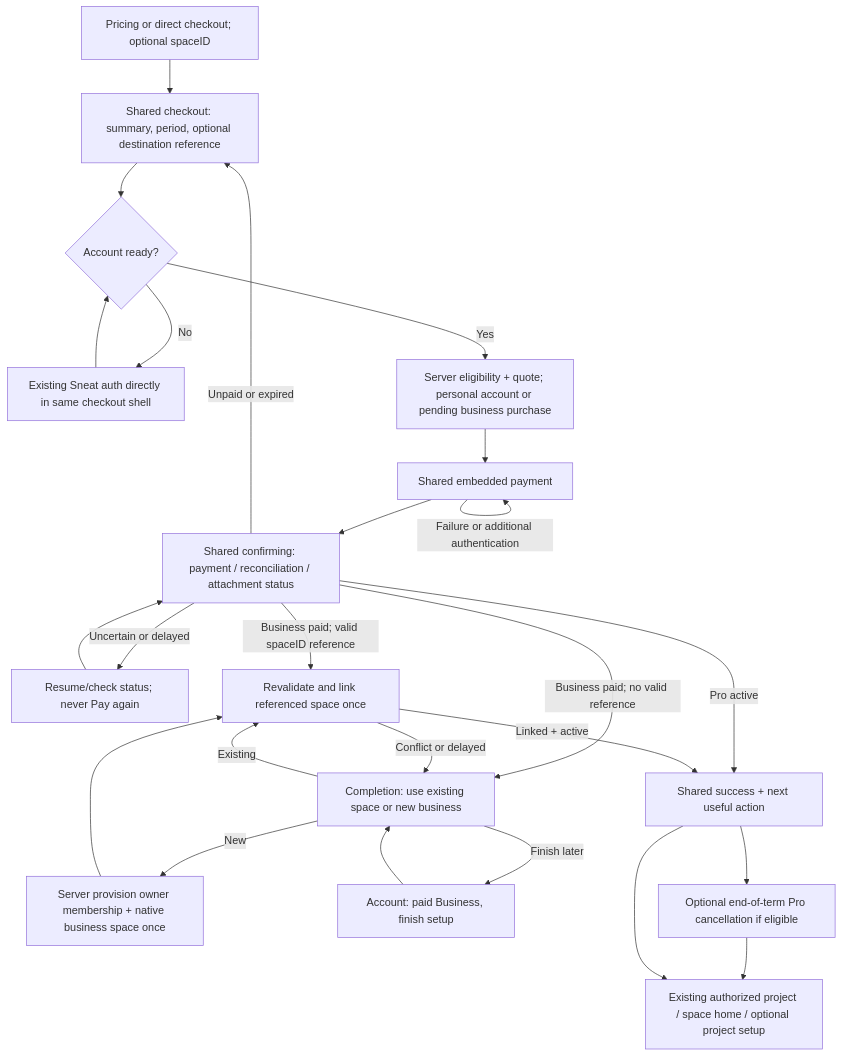
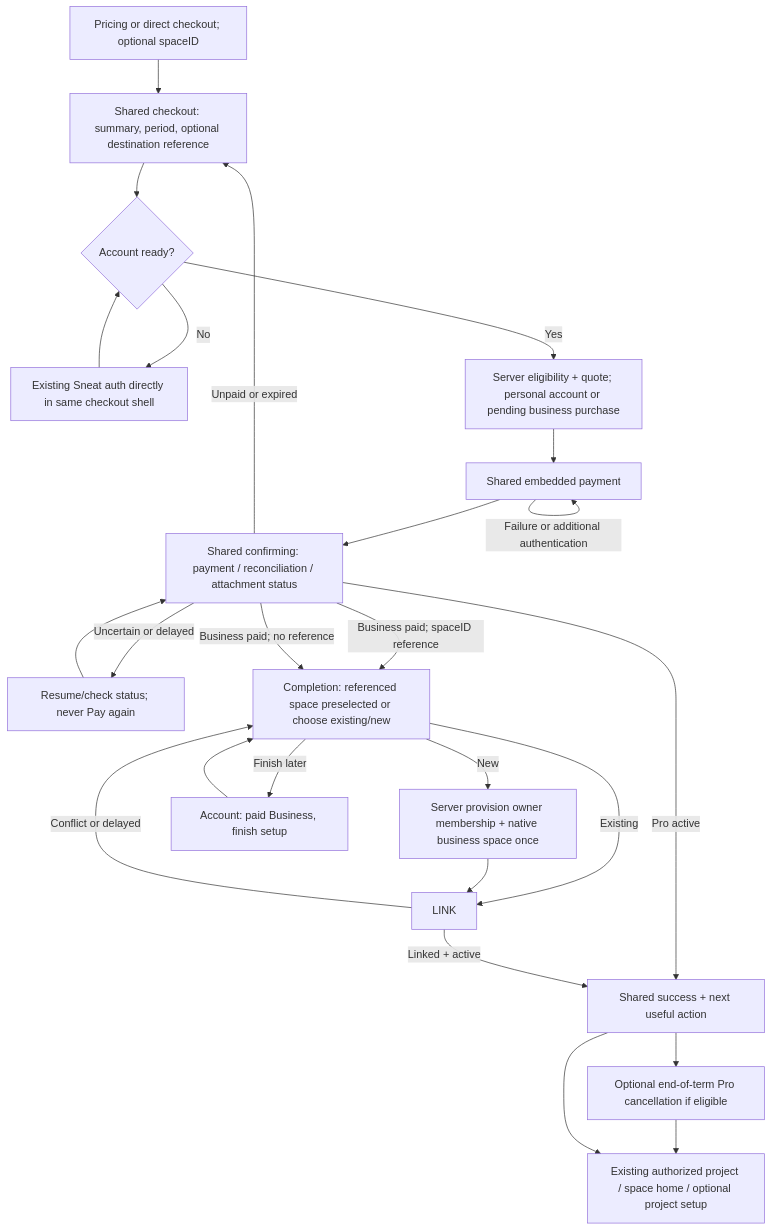
One commit to datatug/datatug-apps changed the second of 2 diagrams in spec/features/checkout-journey/README.md. Above: the diagram before and after it, drawn with Mermaid. The commit also changed other lines of this file and 43 other files, not shown here.

````diff
--- a/spec/features/checkout-journey/README.md
+++ b/spec/features/checkout-journey/README.md
@@ -139,27 +139,27 @@
 ```mermaid
 flowchart TD
   E[Pricing or direct checkout; optional spaceID] --> R1[Shared checkout: summary, period, optional destination reference]
   R1 --> A{Account ready?}
   A -->|No| AU[Existing Sneat auth directly in same checkout shell]
   AU --> A
   A -->|Yes| Q[Server eligibility + quote; personal account or pending business purchase]
   Q --> R2[Shared embedded payment]
   R2 -->|Failure or additional authentication| R2
   R2 --> R3[Shared confirming: payment / reconciliation / attachment status]
   R3 -->|Unpaid or expired| R1
   R3 -->|Uncertain or delayed| WAIT[Resume/check status; never Pay again]
   WAIT --> R3
   R3 -->|Pro active| R5[Shared success + next useful action]
-  R3 -->|Business paid; valid spaceID reference| LINK[Revalidate and link referenced space once]
-  R3 -->|Business paid; no valid reference| R4[Completion: use existing space or new business]
+  R3 -->|Business paid; spaceID reference| R4[Completion: referenced space preselected or choose existing/new]
+  R3 -->|Business paid; no reference| R4
   R4 -->|Existing| LINK
   R4 -->|New| NEW[Server provision owner membership + native business space once]
   NEW --> LINK
   LINK -->|Linked + active| R5
   LINK -->|Conflict or delayed| R4
   R4 -->|Finish later| RESUME[Account: paid Business, finish setup]
   RESUME --> R4
   R5 --> OPT[Optional end-of-term Pro cancellation if eligible]
   OPT --> DEST[Existing authorized project / space home / optional project setup]
   R5 --> DEST
 ```
````
